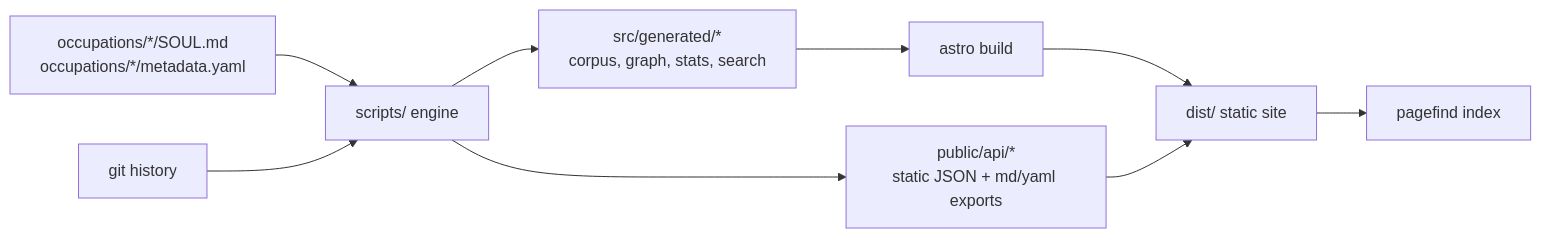
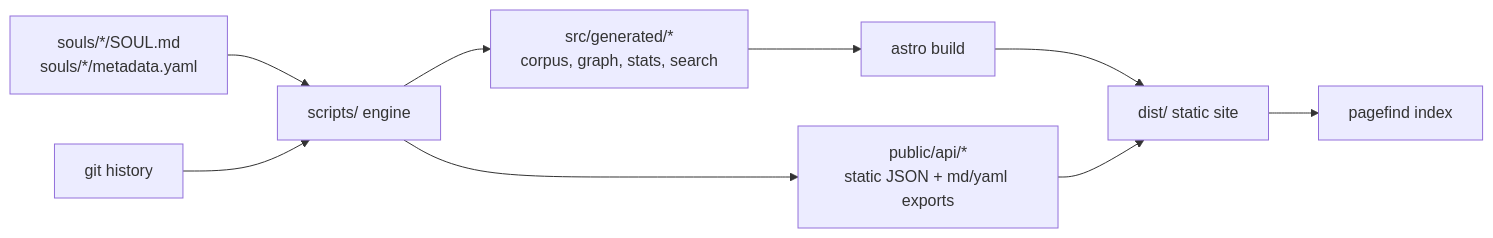
One commit to soul-atlas/soul-atlas.github.io changed the diagram in ARCHITECTURE.md. Above: the diagram before and after it, drawn with Mermaid. The commit also changed other lines of this file and 23 other files, not shown here.

````diff
--- a/ARCHITECTURE.md
+++ b/ARCHITECTURE.md
@@ -11,11 +11,11 @@
 ```mermaid
 flowchart LR
-  A[occupations/*/SOUL.md<br/>occupations/*/metadata.yaml] --> B[scripts/ engine]
+  A[souls/*/SOUL.md<br/>souls/*/metadata.yaml] --> B[scripts/ engine]
   G[git history] --> B
   B --> C[src/generated/*<br/>corpus, graph, stats, search]
   B --> D[public/api/*<br/>static JSON + md/yaml exports]
   C --> E[astro build]
   E --> F[dist/ static site]
   F --> H[pagefind index]
   D --> F
 ```
````
